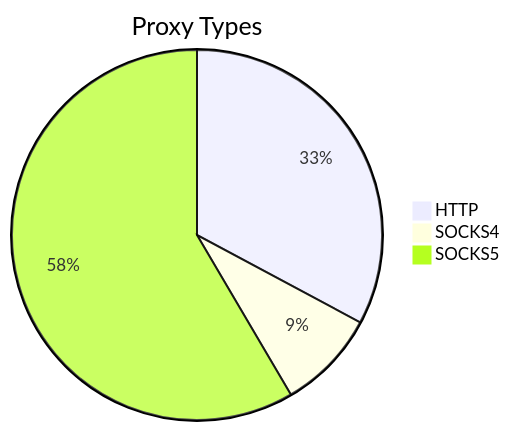
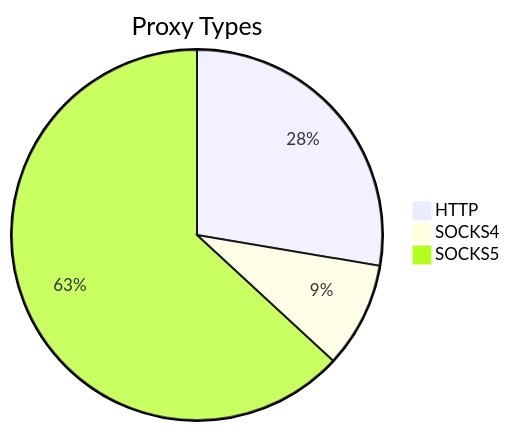
Before and after one commit to stormsia/proxy-list: the first of 2 diagrams in README.md, drawn with Mermaid. The commit also changed other lines of this file, not shown here.

````diff
--- a/README.md
+++ b/README.md
@@ -21,6 +21,6 @@
 ```mermaid
 pie title Proxy Types
-    "HTTP" : 192
-    "SOCKS4" : 51
-    "SOCKS5" : 342
+    "HTTP" : 237
+    "SOCKS4" : 79
+    "SOCKS5" : 541
 ```
````
